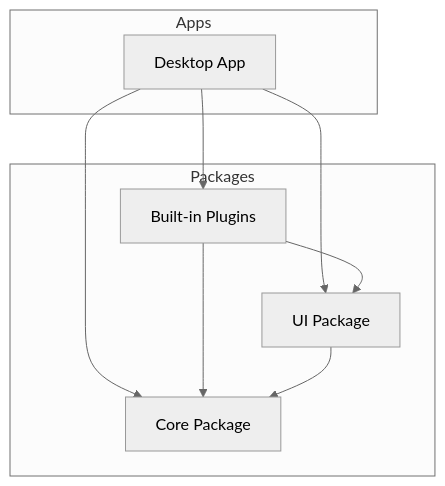
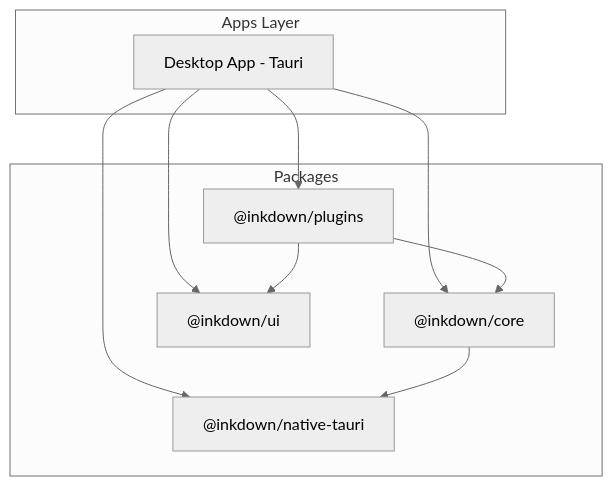
Before and after one commit to inkdown/inkdown: the first of 3 diagrams in docs/architecture/README.md, drawn with Mermaid (neutral theme). The commit also changed other lines of this file and 22 other files, not shown here.

````diff
--- a/docs/architecture/README.md
+++ b/docs/architecture/README.md
@@ -14,19 +15,21 @@
 ```mermaid
 graph TD
-    subgraph "Apps"
-        Desktop[Desktop App]
+    subgraph "Apps Layer"
+        Desktop[Desktop App - Tauri]
     end
 
     subgraph "Packages"
-        Core[Core Package]
-        UI[UI Package]
-        Plugins[Built-in Plugins]
+        Core["@inkdown/core"]
+        UI["@inkdown/ui"]
+        Plugins["@inkdown/plugins"]
+        Native["@inkdown/native-tauri"]
     end
 
     Desktop --> Core
     Desktop --> UI
     Desktop --> Plugins
+    Desktop --> Native
     Plugins --> Core
     Plugins --> UI
-    UI --> Core
+    Core --> Native
 ```
````
